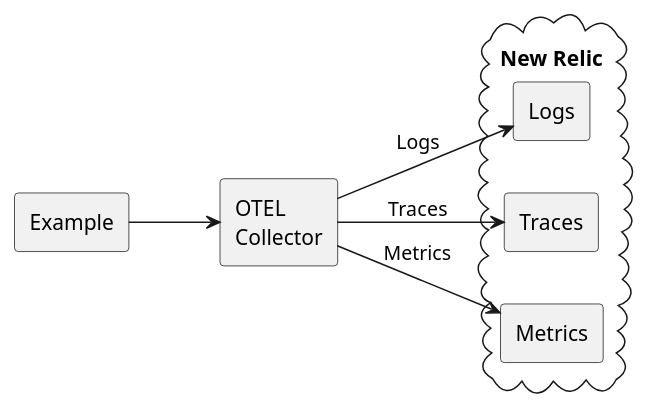
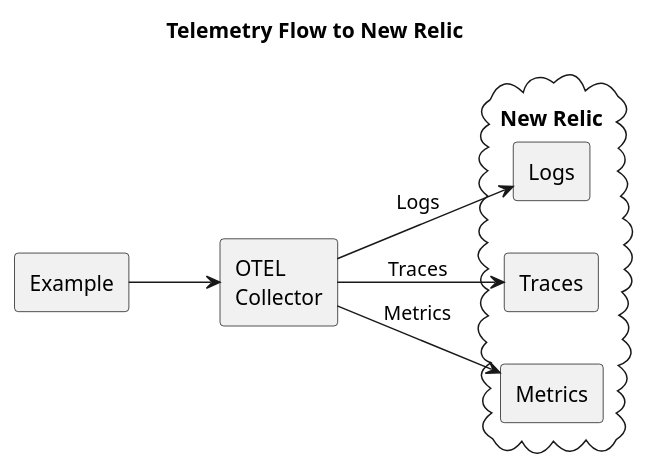
The diagram in docs/diagrams/new-relic.puml (yolkhovyy/go-otelw), drawn with PlantUML before and after one commit. The commit also changed 11 other files, not shown here.

Commit message:
Update diagrams

```diff
--- a/docs/diagrams/new-relic.puml
+++ b/docs/diagrams/new-relic.puml
@@ -1,17 +1,18 @@
 @startuml new-relic
+title Telemetry Flow to New Relic
 left to right direction
 
 agent Example as EX
 agent "OTEL\nCollector" as OC
 cloud "New Relic" {
     agent Logs
     agent Traces
     agent Metrics
 }
 
 EX --> OC
 OC --> Logs: "Logs"
 OC --> Traces: "Traces"
 OC --> Metrics: "Metrics"
 
 @enduml
```
